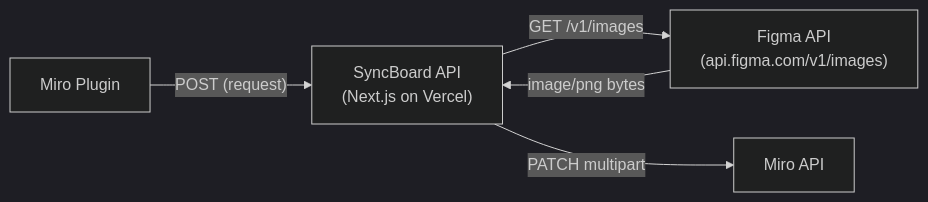
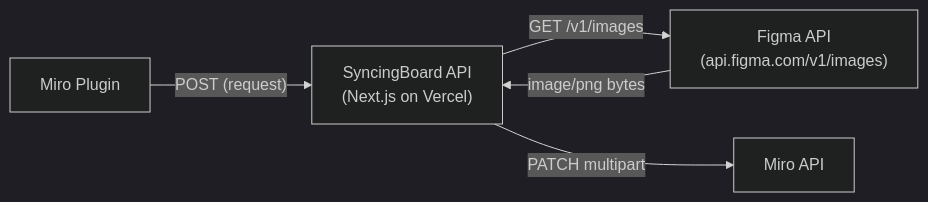
Before and after one commit to luismichio/syncboard: the first of 2 diagrams in doc/architecture/infrastructure-and-costs.md, drawn with Mermaid (dark theme). The commit also changed other lines of this file and 62 other files, not shown here.

Commit message:
refactor(brand): migrate project, assets, storage keys, and domains to SyncingBoard

````diff
--- a/doc/architecture/infrastructure-and-costs.md
+++ b/doc/architecture/infrastructure-and-costs.md
@@ -17,12 +17,12 @@
 ```mermaid
 graph LR
   miro["Miro Plugin"]
-  sbApi["SyncBoard API<br/>(Next.js on Vercel)"]
+  sbApi["SyncingBoard API<br/>(Next.js on Vercel)"]
   figmaApi["Figma API<br/>(api.figma.com/v1/images)"]
   miroApi["Miro API"]
 
   miro -->|"POST (request)"| sbApi
   sbApi -->|"GET /v1/images"| figmaApi
   figmaApi -->|"image/png bytes"| sbApi
   sbApi -->|"PATCH multipart"| miroApi
 ```
````
